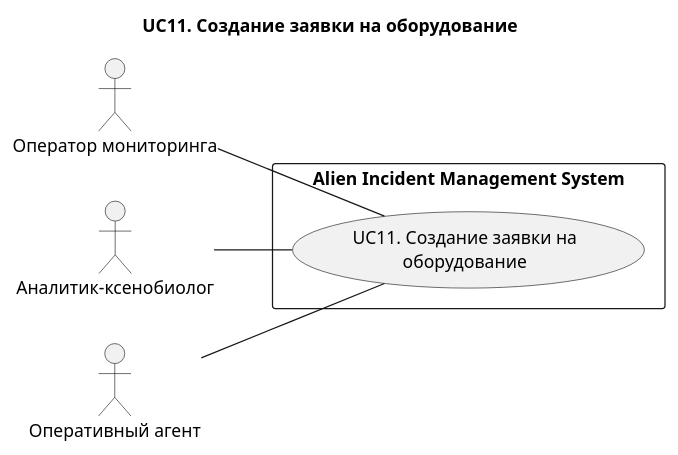
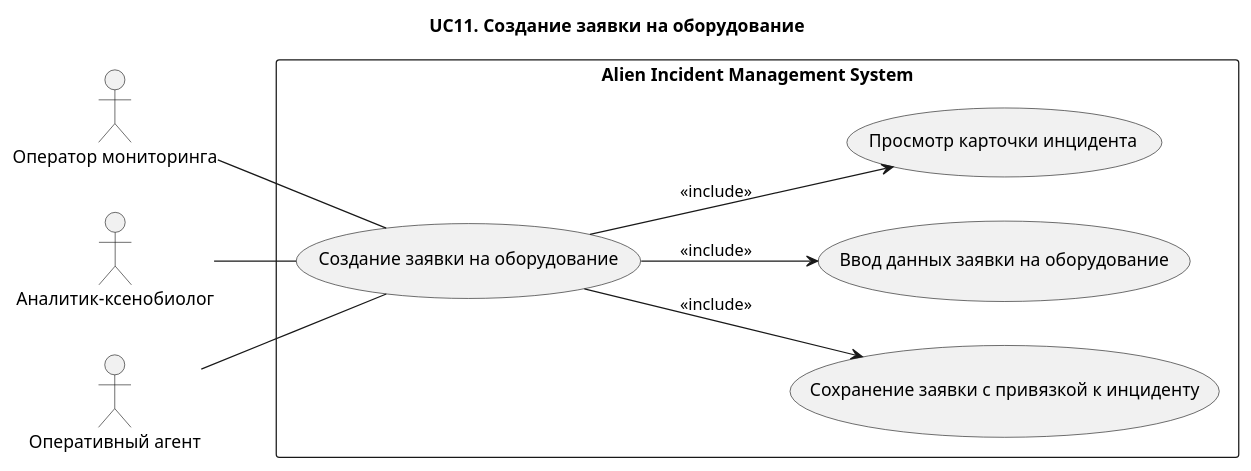
The diagram in docs/use-case/UC11.md (Andryss/AIMS), drawn with PlantUML before and after one commit. The commit also changed other lines of this file and 23 other files, not shown here.

Commit message:
docs: refine use-case diagrams and centralize rendering commands

````diff
--- a/docs/use-case/UC11.md
+++ b/docs/use-case/UC11.md
@@ -3,19 +5,29 @@
 ```plantuml
 @startuml
 title UC11. Создание заявки на оборудование
 left to right direction
 
 actor "Оператор мониторинга" as Operator
 actor "Аналитик-ксенобиолог" as Analyst
 actor "Оперативный агент" as Agent
 
 rectangle "Alien Incident Management System" {
-  usecase "UC11. Создание заявки на\nоборудование" as UC11
+
+(Создание заявки на оборудование) as UC11
+
+(Сохранение заявки с привязкой к инциденту) as UC115
+(Ввод данных заявки на оборудование) as UC112
+(Просмотр карточки инцидента) as UC111
+
 }
 
 Operator -- UC11
 Analyst -- UC11
 Agent -- UC11
 
+UC11 --> UC111 : <<include>>
+UC11 --> UC112 : <<include>>
+UC11 --> UC115 : <<include>>
+
 @enduml
 ```
````
